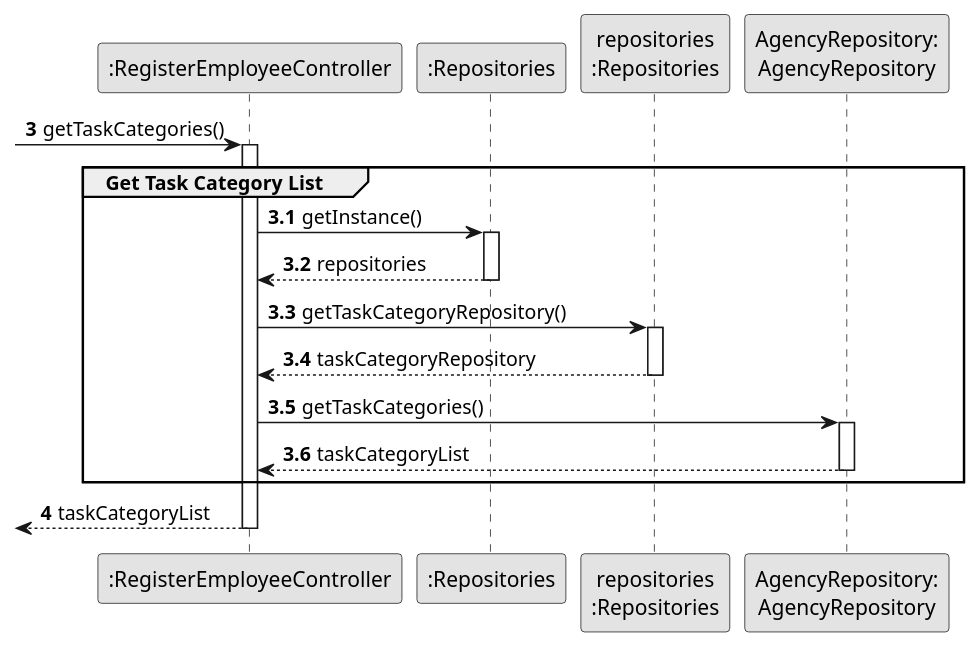
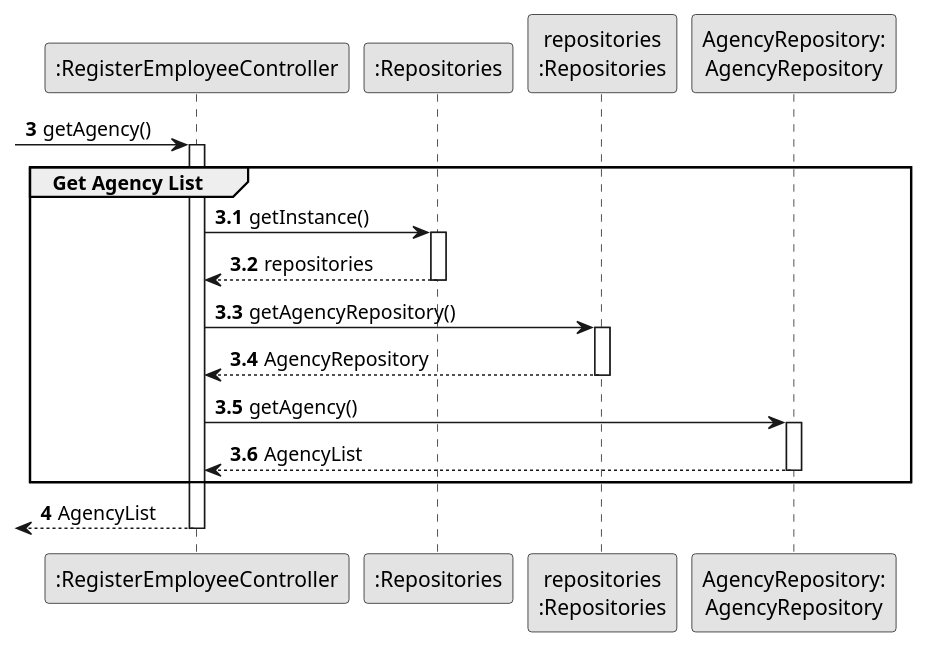
The diagram in docs/sprintB/us003/03.design/puml/us003-sequence-diagram-partial-get-agency-list.puml (rita-barbosa/LAPR2-2223), drawn with PlantUML before and after one commit. The commit also changed 7 other files, not shown here.

Commit message:
Update Sequence Diagram (full, partial & split) [US03][Design]

```diff
--- a/docs/sprintB/us003/03.design/puml/us003-sequence-diagram-partial-get-agency-list.puml
+++ b/docs/sprintB/us003/03.design/puml/us003-sequence-diagram-partial-get-agency-list.puml
@@ -1,49 +1,49 @@
 @startuml
 skinparam monochrome true
 skinparam packageStyle rectangle
 skinparam shadowing false
 
 autonumber
 
 'hide footbox
 
 participant ":RegisterEmployeeController" as CTRL
 participant ":Repositories" as RepositorySingleton
 participant "repositories\n:Repositories" as PLAT
 participant "AgencyRepository:\nAgencyRepository" as AgencyRepository
 participant "AgencyRepository:\nAgencyRepository" as AgencyRepository
 
 autonumber 3
 
- -> CTRL : getTaskCategories()
+ -> CTRL : getAgency()
 autonumber 3.1
 activate CTRL
-    group Get Task Category List
+    group Get Agency List
 
 
             CTRL -> RepositorySingleton : getInstance()
             activate RepositorySingleton
 
                 RepositorySingleton --> CTRL: repositories
             deactivate RepositorySingleton
 
-            CTRL -> PLAT : getTaskCategoryRepository()
+            CTRL -> PLAT : getAgencyRepository()
             activate PLAT
 
-                PLAT --> CTRL: taskCategoryRepository
+                PLAT --> CTRL: AgencyRepository
             deactivate PLAT
 
-            CTRL -> AgencyRepository : getTaskCategories()
+            CTRL -> AgencyRepository : getAgency()
             activate AgencyRepository
 
-                AgencyRepository --> CTRL : taskCategoryList
+                AgencyRepository --> CTRL : AgencyList
             deactivate AgencyRepository
 
 
     end
     autonumber 4
-    <-- CTRL  : taskCategoryList
+    <-- CTRL  : AgencyList
 deactivate CTRL
 
 
 @enduml
```
